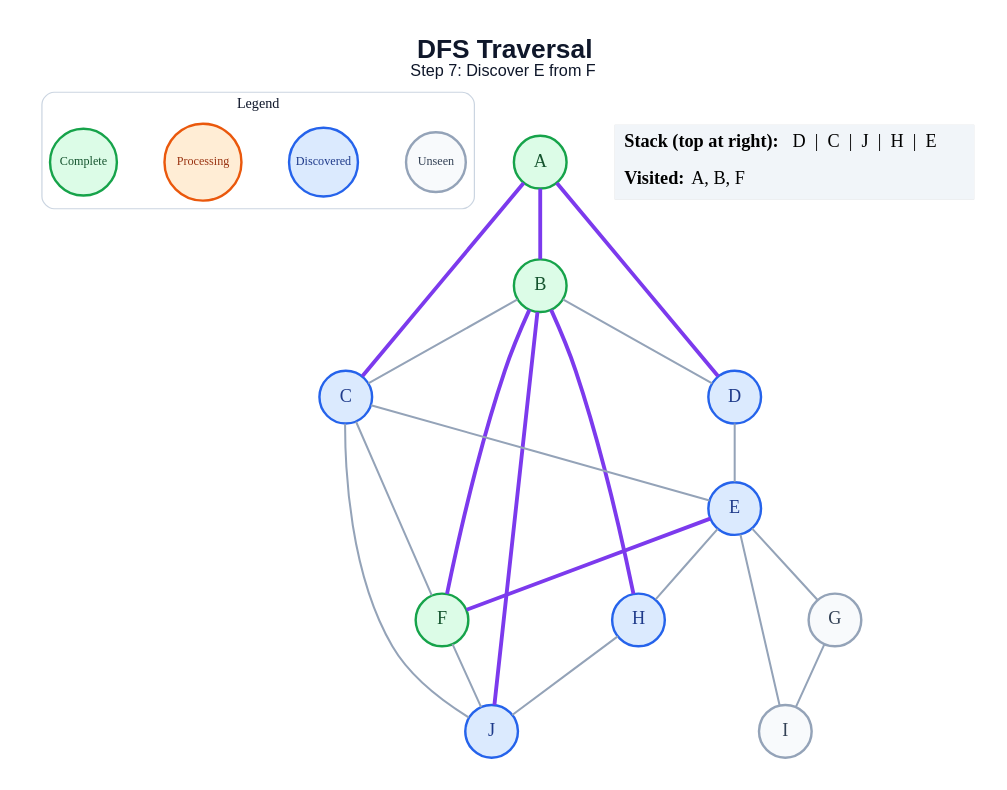
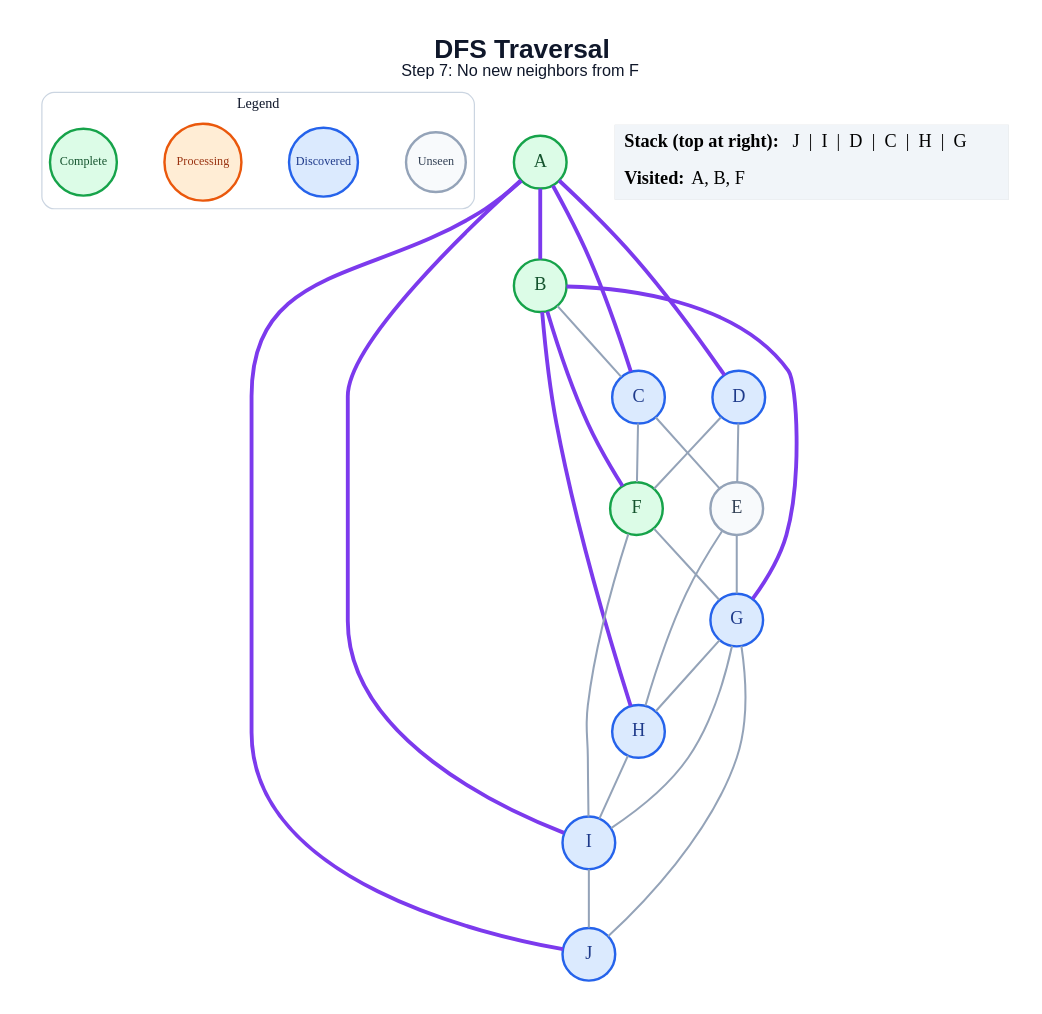
Before and after one commit to amanghodawala9/ai-slop: the diagram in generated/dfs/step_07.dot, drawn with Graphviz. The commit also changed 178 other files, not shown here.

```diff
--- a/generated/dfs/step_07.dot
+++ b/generated/dfs/step_07.dot
@@ -1,48 +1,51 @@
 graph traversal {
   graph [layout=dot, rankdir=TB, bgcolor="#FFFFFF", pad="0.35", nodesep="0.65", ranksep="0.8", fontname="Arial"];
   node [shape=circle, style="filled", fontname="Arial Bold", fontsize=18, width=0.72, fixedsize=true, penwidth=2.4];
   edge [color="#94A3B8", penwidth=2.0];
-  label=<<B>DFS Traversal</B><BR/><FONT POINT-SIZE="16">Step 7: Discover E from F</FONT>>; labelloc="t"; fontsize=26; fontname="Arial"; fontcolor="#0F172A";
+  label=<<B>DFS Traversal</B><BR/><FONT POINT-SIZE="16">Step 7: No new neighbors from F</FONT>>; labelloc="t"; fontsize=26; fontname="Arial"; fontcolor="#0F172A";
   subgraph cluster_legend { label="Legend"; color="#CBD5E1"; penwidth=1.2; style="rounded"; fontsize=14; fontname="Arial Bold";
     key_unseen [label="Unseen", fillcolor="#F8FAFC", color="#94A3B8", fontcolor="#334155", fontsize=12, width=0.82];
     key_frontier [label="Discovered", fillcolor="#DBEAFE", color="#2563EB", fontcolor="#1E3A8A", fontsize=12, width=0.95];
     key_current [label="Processing", fillcolor="#FFEDD5", color="#EA580C", fontcolor="#9A3412", fontsize=12, width=1.05];
     key_done [label="Complete", fillcolor="#DCFCE7", color="#16A34A", fontcolor="#14532D", fontsize=12, width=0.92];
     { rank=same; key_unseen; key_frontier; key_current; key_done; }
   }
   A [fillcolor="#DCFCE7", color="#16A34A", fontcolor="#14532D"];
   B [fillcolor="#DCFCE7", color="#16A34A", fontcolor="#14532D"];
   C [fillcolor="#DBEAFE", color="#2563EB", fontcolor="#1E3A8A"];
   D [fillcolor="#DBEAFE", color="#2563EB", fontcolor="#1E3A8A"];
-  E [fillcolor="#DBEAFE", color="#2563EB", fontcolor="#1E3A8A"];
+  E [fillcolor="#F8FAFC", color="#94A3B8", fontcolor="#334155"];
   F [fillcolor="#DCFCE7", color="#16A34A", fontcolor="#14532D"];
-  G [fillcolor="#F8FAFC", color="#94A3B8", fontcolor="#334155"];
+  G [fillcolor="#DBEAFE", color="#2563EB", fontcolor="#1E3A8A"];
   H [fillcolor="#DBEAFE", color="#2563EB", fontcolor="#1E3A8A"];
-  I [fillcolor="#F8FAFC", color="#94A3B8", fontcolor="#334155"];
+  I [fillcolor="#DBEAFE", color="#2563EB", fontcolor="#1E3A8A"];
   J [fillcolor="#DBEAFE", color="#2563EB", fontcolor="#1E3A8A"];
   A -- B [color="#7C3AED", penwidth=3.8];
   A -- C [color="#7C3AED", penwidth=3.8];
   A -- D [color="#7C3AED", penwidth=3.8];
+  A -- I [color="#7C3AED", penwidth=3.8];
+  A -- J [color="#7C3AED", penwidth=3.8];
   B -- C;
-  B -- D;
   B -- F [color="#7C3AED", penwidth=3.8];
+  B -- G [color="#7C3AED", penwidth=3.8];
   B -- H [color="#7C3AED", penwidth=3.8];
-  B -- J [color="#7C3AED", penwidth=3.8];
   C -- E;
   C -- F;
-  C -- J;
   D -- E;
-  E -- F [color="#7C3AED", penwidth=3.8];
+  D -- F;
   E -- G;
   E -- H;
-  E -- I;
-  F -- J;
+  F -- G;
+  F -- I;
+  G -- H;
   G -- I;
-  H -- J;
+  G -- J;
+  H -- I;
+  I -- J;
   status [shape=plain, fixedsize=false, width=0, height=0, margin=0, label=<
     <TABLE BORDER="0" CELLBORDER="0" CELLPADDING="7" BGCOLOR="#F1F5F9">
-      <TR><TD ALIGN="LEFT"><B>Stack (top at right):</B> D  |  C  |  J  |  H  |  E</TD></TR>
+      <TR><TD ALIGN="LEFT"><B>Stack (top at right):</B> J  |  I  |  D  |  C  |  H  |  G</TD></TR>
       <TR><TD ALIGN="LEFT"><B>Visited:</B> A, B, F</TD></TR>
     </TABLE>
   >];
 }
```
